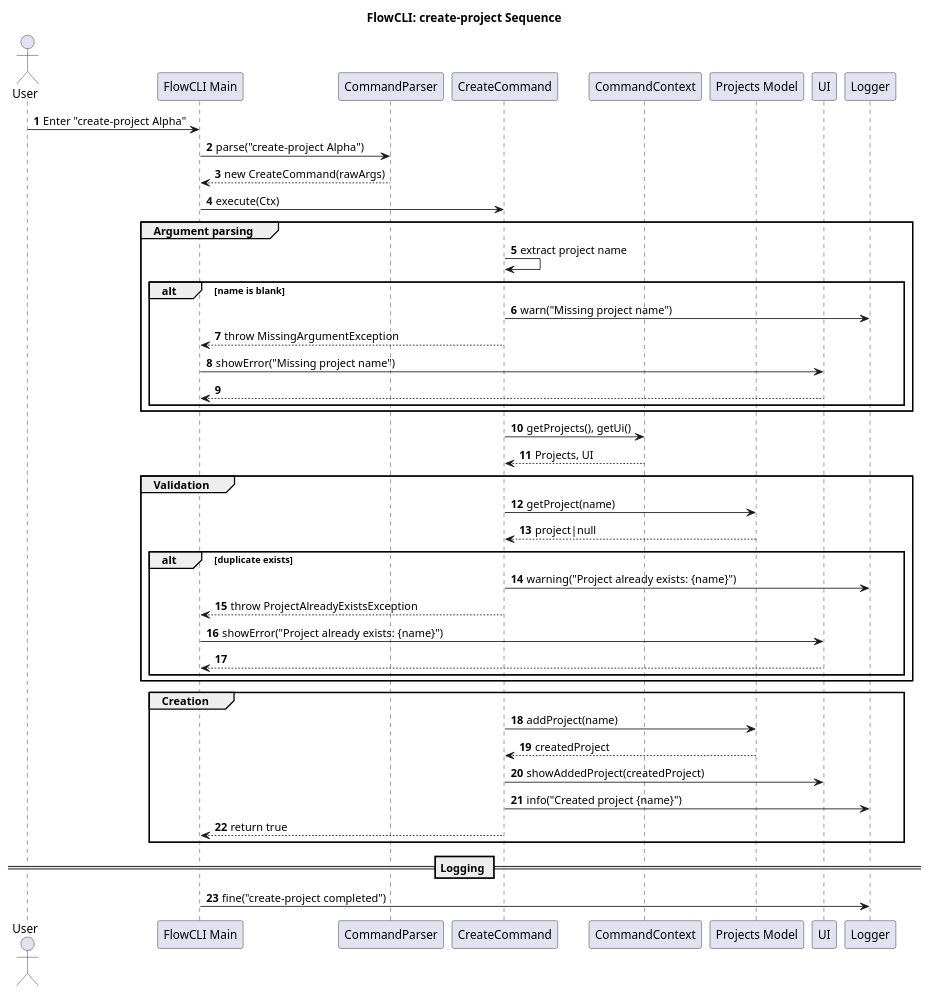
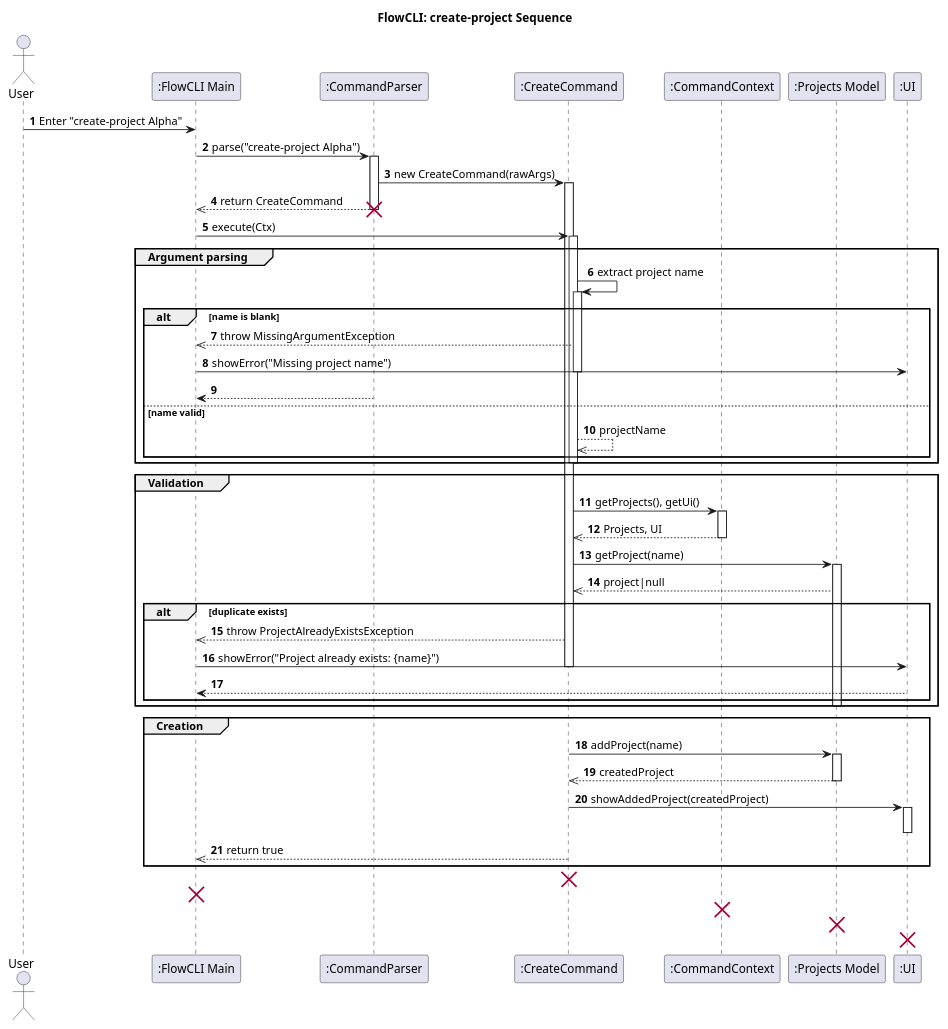
The diagram in docs/plantUML/project-management/CreateCommand.puml (sean6369/tp), drawn with PlantUML before and after one commit. The commit also changed 1 other file, not shown here.

Commit message:
fixing the UML diagrams post PED

```diff
--- a/docs/plantUML/project-management/CreateCommand.puml
+++ b/docs/plantUML/project-management/CreateCommand.puml
@@ -1,56 +1,72 @@
 @startuml CreateCommandDiagram
 title FlowCLI: create-project Sequence
 autonumber
 
 actor User
-participant "FlowCLI Main" as CLI
-participant "CommandParser" as Parser
-participant "CreateCommand" as CreateCmd
-participant "CommandContext" as Ctx
-participant "Projects Model" as Projects
-participant "UI" as UI
-participant "Logger" as Log
-
+participant ":FlowCLI Main" as CLI
+participant ":CommandParser" as Parser
+participant ":CreateCommand" as CreateCmd
+participant ":CommandContext" as Ctx
+participant ":Projects Model" as Projects
+participant ":UI" as UI
 
 User -> CLI: Enter "create-project Alpha"
-CLI -> Parser: parse("create-project Alpha")
-Parser --> CLI: new CreateCommand(rawArgs)
+CLI -> Parser ++: parse("create-project Alpha")
+Parser -> CreateCmd ++: new CreateCommand(rawArgs)
+Parser -->> CLI: return CreateCommand
+deactivate Parser
+destroy Parser
 
-CLI -> CreateCmd: execute(Ctx)
+CLI -> CreateCmd ++: execute(Ctx)
 
 group Argument parsing
-  CreateCmd -> CreateCmd: extract project name
+  CreateCmd -> CreateCmd ++: extract project name
   alt name is blank
-    CreateCmd -> Log: warn("Missing project name")
-    CreateCmd --> CLI: throw MissingArgumentException
+    CreateCmd -->> CLI: throw MissingArgumentException
     CLI -> UI: showError("Missing project name")
+    deactivate CreateCmd
+    deactivate UI
+    return
+  else name valid
+    CreateCmd -->> CreateCmd: projectName
+  end
+  deactivate CreateCmd
+end
+
+group Validation
+  CreateCmd -> Ctx ++: getProjects(), getUi()
+  Ctx -->> CreateCmd: Projects, UI
+  deactivate Ctx
+
+  CreateCmd -> Projects ++: getProject(name)
+  Projects -->> CreateCmd: project|null
+  alt duplicate exists
+    CreateCmd -->> CLI: throw ProjectAlreadyExistsException
+    CLI -> UI: showError("Project already exists: {name}")
+    deactivate CreateCmd
+    deactivate UI
     return
   end
-end
-
-CreateCmd -> Ctx: getProjects(), getUi()
-Ctx --> CreateCmd: Projects, UI
-
-group Validation
-  CreateCmd -> Projects: getProject(name)
-  Projects --> CreateCmd: project|null
-  alt duplicate exists
-    CreateCmd -> Log: warning("Project already exists: {name}")
-    CreateCmd --> CLI: throw ProjectAlreadyExistsException
-    CLI -> UI: showError("Project already exists: {name}")
-    return
-  end
+  deactivate Projects
 end
 
 group Creation
-  CreateCmd -> Projects: addProject(name)
-  Projects --> CreateCmd: createdProject
-  CreateCmd -> UI: showAddedProject(createdProject)
-  CreateCmd -> Log: info("Created project {name}")
-  CreateCmd --> CLI: return true
+  CreateCmd -> Projects ++: addProject(name)
+  Projects -->> CreateCmd: createdProject
+  deactivate Projects
+
+  CreateCmd -> UI ++: showAddedProject(createdProject)
+  deactivate UI
+
+  CreateCmd -->> CLI: return true
+  deactivate CreateCmd
 end
 
-== Logging ==
-CLI -> Log: fine("create-project completed")
+
+destroy CreateCmd
+destroy CLI
+destroy Ctx
+destroy Projects
+destroy UI
 
 @enduml
```
